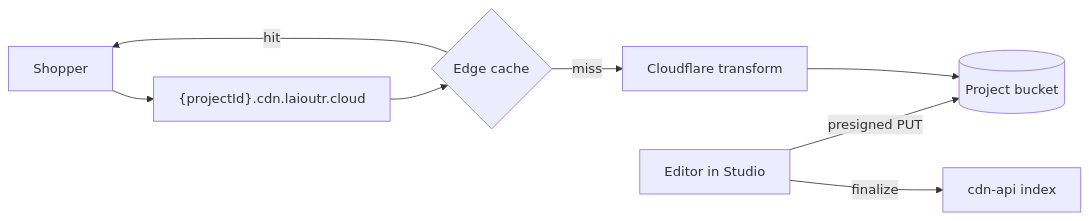
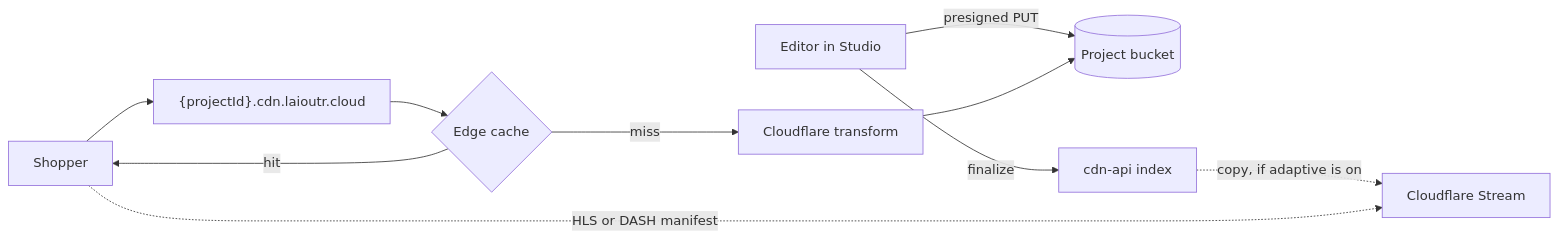
The diagram in content/4.hosting/4.cdn/1.video-cdn.md (laioutr/docs), drawn with Mermaid before and after one commit. The commit also changed other lines of this file and 1 other file, not shown here.

First line of the commit message:
docs(hosting): document adaptive HLS and DASH on the video CDN

````diff
--- a/content/4.hosting/4.cdn/1.video-cdn.md
+++ b/content/4.hosting/4.cdn/1.video-cdn.md
@@ -24,10 +24,12 @@
 ```mermaid
 flowchart LR
   E[Editor in Studio] -->|presigned PUT| R[(Project bucket)]
   E -->|finalize| A[cdn-api index]
+  A -.->|copy, if adaptive is on| V[Cloudflare Stream]
   S[Shopper] --> H["{projectId}.cdn.laioutr.cloud"]
   H --> C{Edge cache}
   C -->|hit| S
   C -->|miss| T[Cloudflare transform]
   T --> R
+  S -.->|HLS or DASH manifest| V
 ```
````
